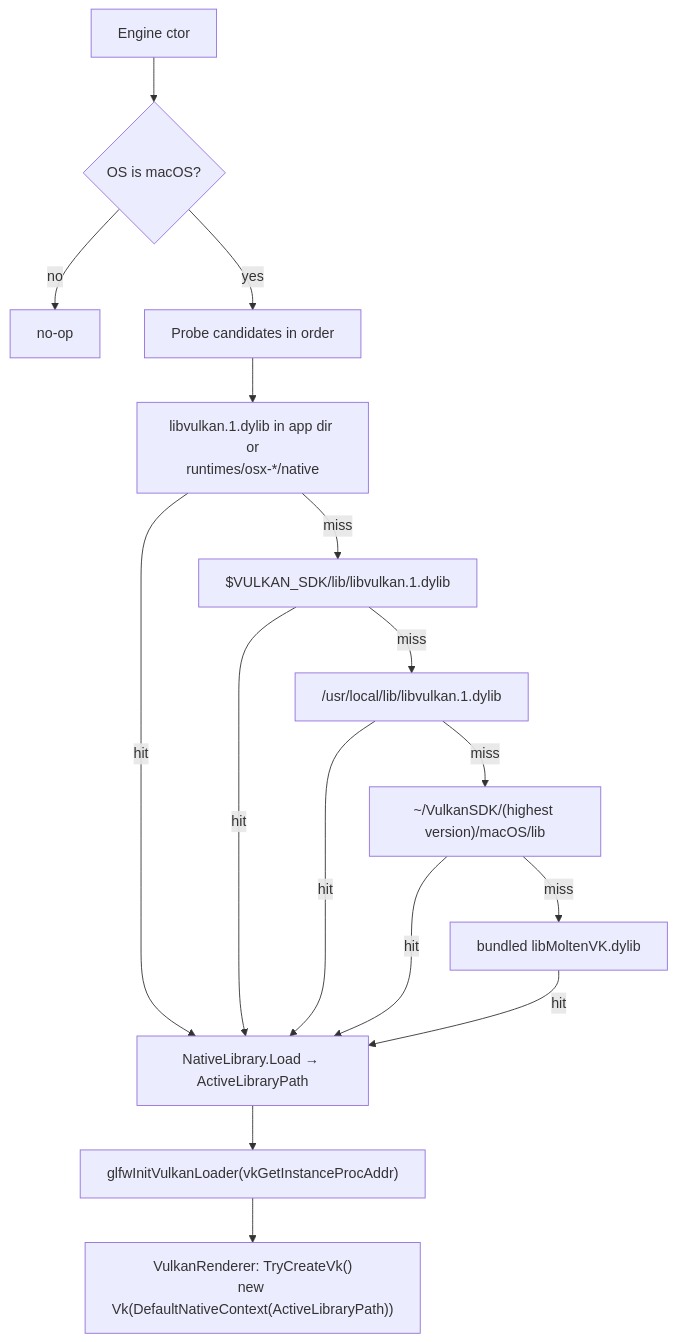
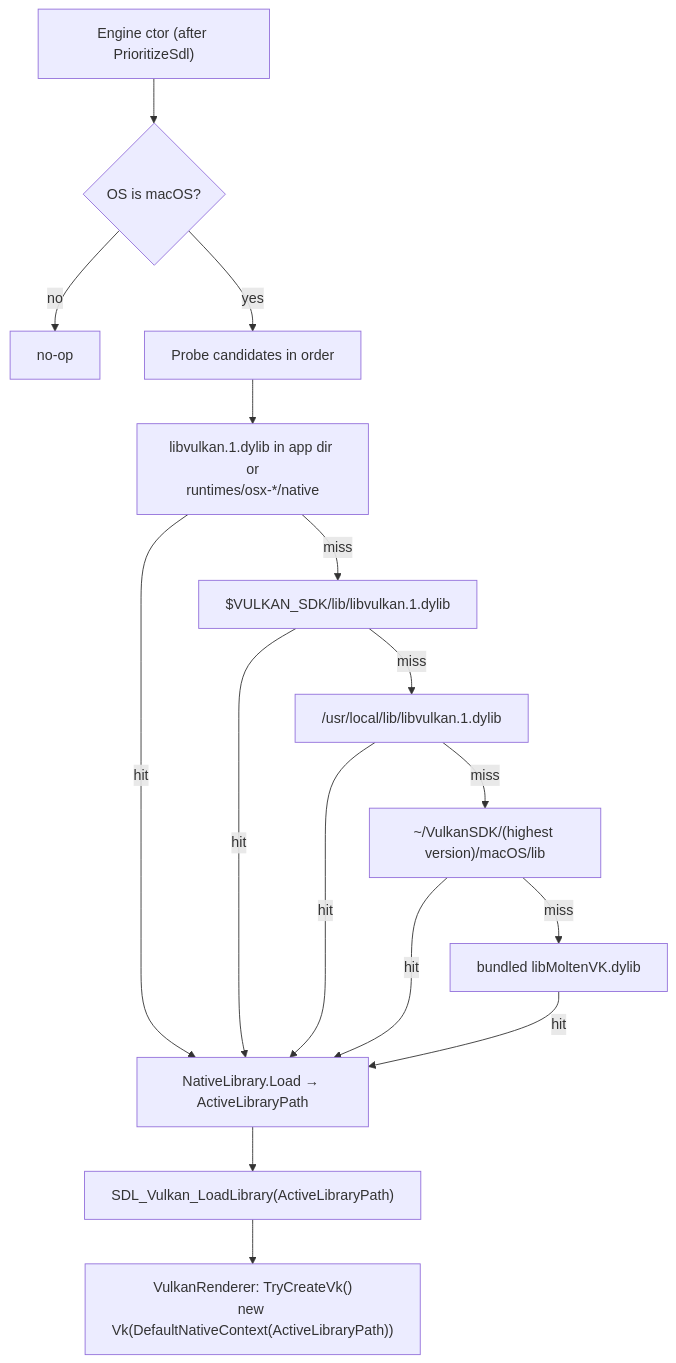
The second of 2 diagrams in docs/design/build-and-platforms.md (Mainframe-Games/mainframe-engine), drawn with Mermaid before and after one commit. The commit also changed other lines of this file and 22 other files, not shown here.

First line of the commit message:
M0: Switch windowing and input from GLFW to SDL2

````diff
--- a/docs/design/build-and-platforms.md
+++ b/docs/design/build-and-platforms.md
@@ -104,14 +141,14 @@
 ```mermaid
 flowchart TD
-    A["Engine ctor"] --> B{"OS is macOS?"}
+    A["Engine ctor (after PrioritizeSdl)"] --> B{"OS is macOS?"}
     B -- no --> Z["no-op"]
     B -- yes --> C["Probe candidates in order"]
     C --> C1["libvulkan.1.dylib in app dir or<br/>runtimes/osx-*/native"]
     C1 -->|miss| C2["$VULKAN_SDK/lib/libvulkan.1.dylib"]
     C2 -->|miss| C3["/usr/local/lib/libvulkan.1.dylib"]
     C3 -->|miss| C4["~/VulkanSDK/(highest version)/macOS/lib"]
     C4 -->|miss| C5["bundled libMoltenVK.dylib"]
     C1 & C2 & C3 & C4 & C5 -->|hit| D["NativeLibrary.Load → ActiveLibraryPath"]
-    D --> E["glfwInitVulkanLoader(vkGetInstanceProcAddr)"]
+    D --> E["SDL_Vulkan_LoadLibrary(ActiveLibraryPath)"]
     E --> F["VulkanRenderer: TryCreateVk()<br/>new Vk(DefaultNativeContext(ActiveLibraryPath))"]
 ```
````
